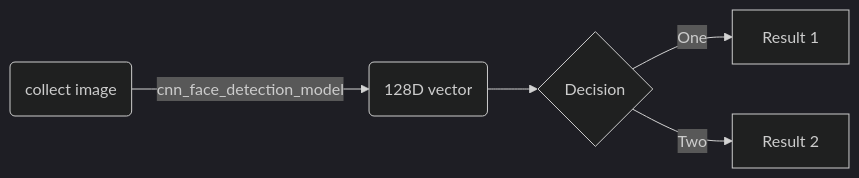
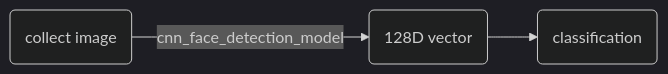
One commit to balaboom123/Recognition-System-Using-Deepspeaker-and-Dlib changed the diagram in README.md. Above: the diagram before and after it, drawn with Mermaid (dark theme). The commit also changed other lines of this file, not shown here.

````diff
--- a/README.md
+++ b/README.md
@@ -12,7 +13,5 @@
 ```mermaid
 flowchart LR
 A(collect image) -->|cnn_face_detection_model| B(128D vector)
-B --> C{Decision}
-C -->|One| D[Result 1]
-C -->|Two| E[Result 2]
+B --> C(classification)
 ```
````
